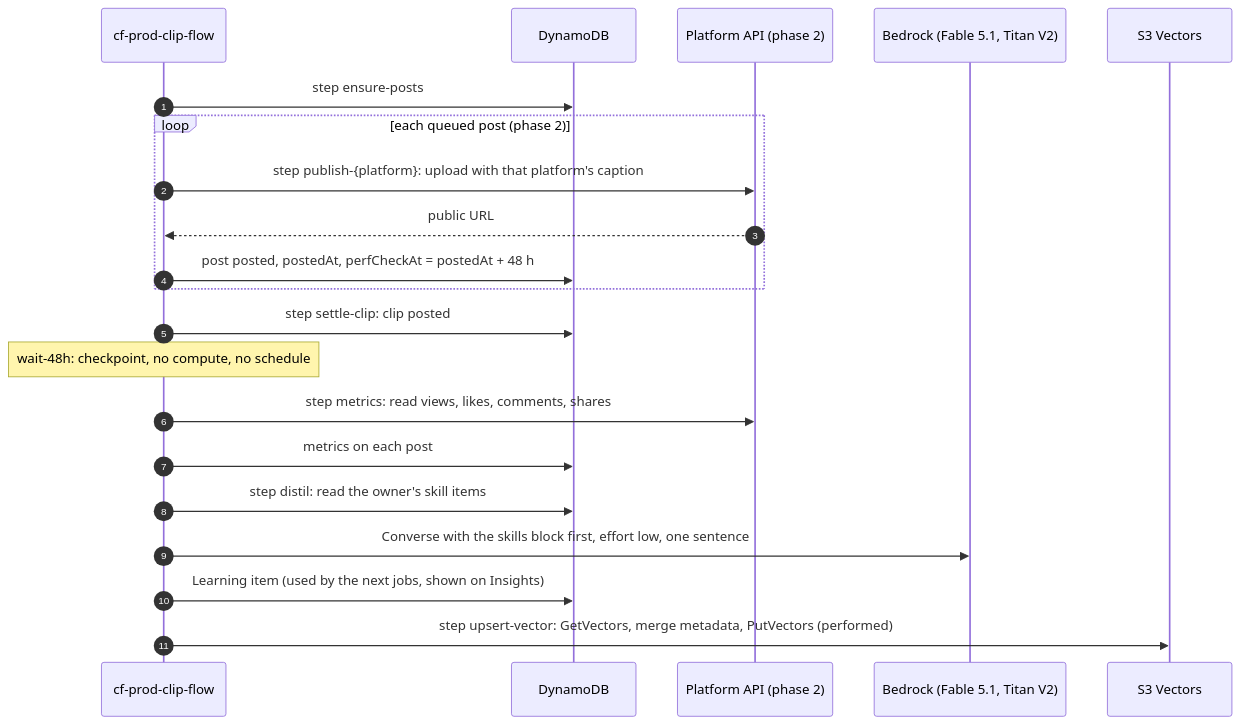
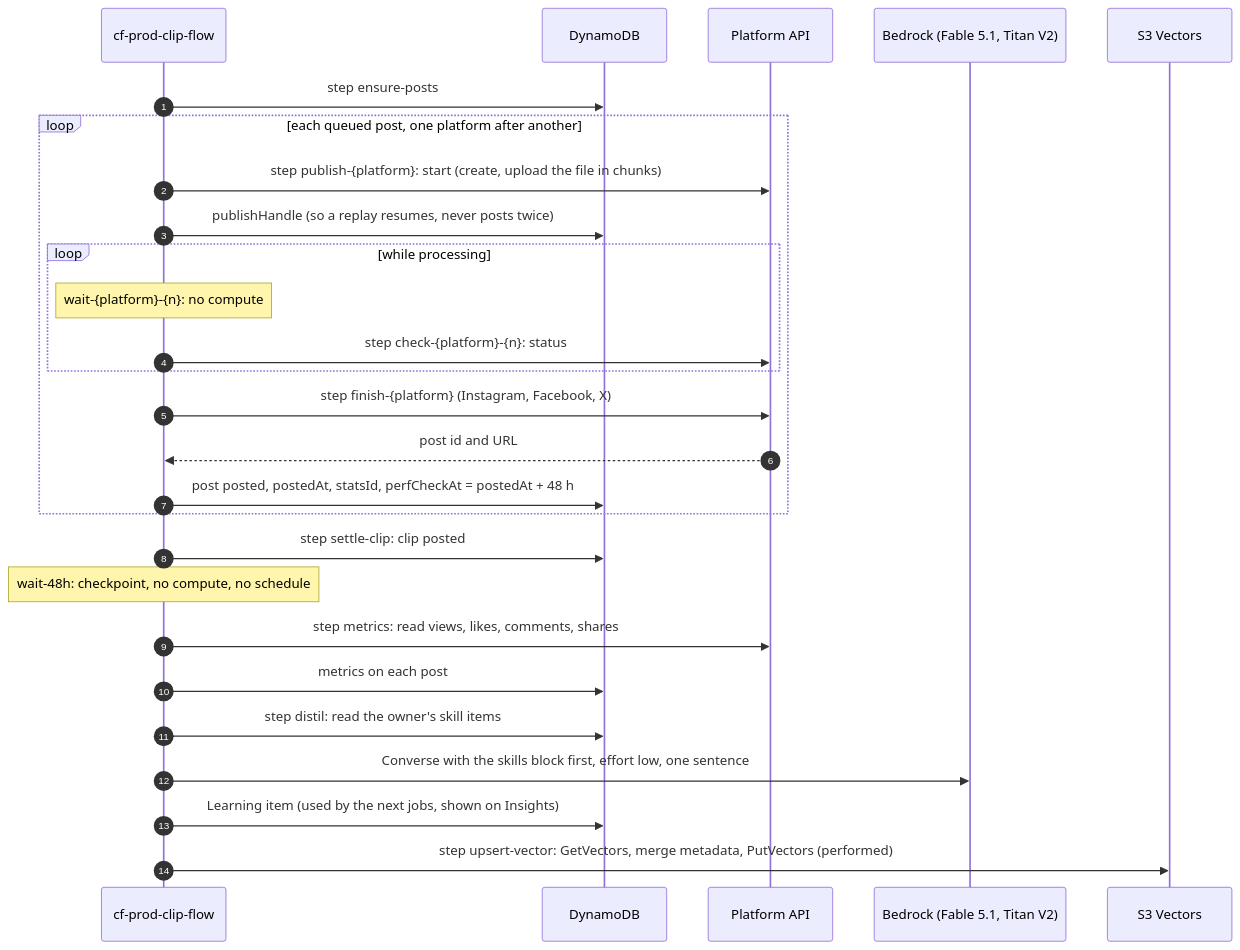
The tenth of 19 diagrams in docs/ARCHITECTURE.md (Lamo2real/clip-factory), drawn with Mermaid before and after one commit. The commit also changed other lines of this file and 13 other files, not shown here.

````diff
--- a/docs/ARCHITECTURE.md
+++ b/docs/ARCHITECTURE.md
@@ -385,23 +396,29 @@
 ```mermaid
 sequenceDiagram
   autonumber
   participant C as cf-prod-clip-flow
   participant D as DynamoDB
-  participant X as Platform API (phase 2)
+  participant X as Platform API
   participant B as Bedrock (Fable 5.1, Titan V2)
   participant V as S3 Vectors
   C->>D: step ensure-posts
-  loop each queued post (phase 2)
-    C->>X: step publish-{platform}: upload with that platform's caption
-    X-->>C: public URL
-    C->>D: post posted, postedAt, perfCheckAt = postedAt + 48 h
+  loop each queued post, one platform after another
+    C->>X: step publish-{platform}: start (create, upload the file in chunks)
+    C->>D: publishHandle (so a replay resumes, never posts twice)
+    loop while processing
+      Note over C: wait-{platform}-{n}: no compute
+      C->>X: step check-{platform}-{n}: status
+    end
+    C->>X: step finish-{platform} (Instagram, Facebook, X)
+    X-->>C: post id and URL
+    C->>D: post posted, postedAt, statsId, perfCheckAt = postedAt + 48 h
   end
   C->>D: step settle-clip: clip posted
   Note over C: wait-48h: checkpoint, no compute, no schedule
   C->>X: step metrics: read views, likes, comments, shares
   C->>D: metrics on each post
   C->>D: step distil: read the owner's skill items
   C->>B: Converse with the skills block first, effort low, one sentence
   C->>D: Learning item (used by the next jobs, shown on Insights)
   C->>V: step upsert-vector: GetVectors, merge metadata, PutVectors (performed)
 ```
````
